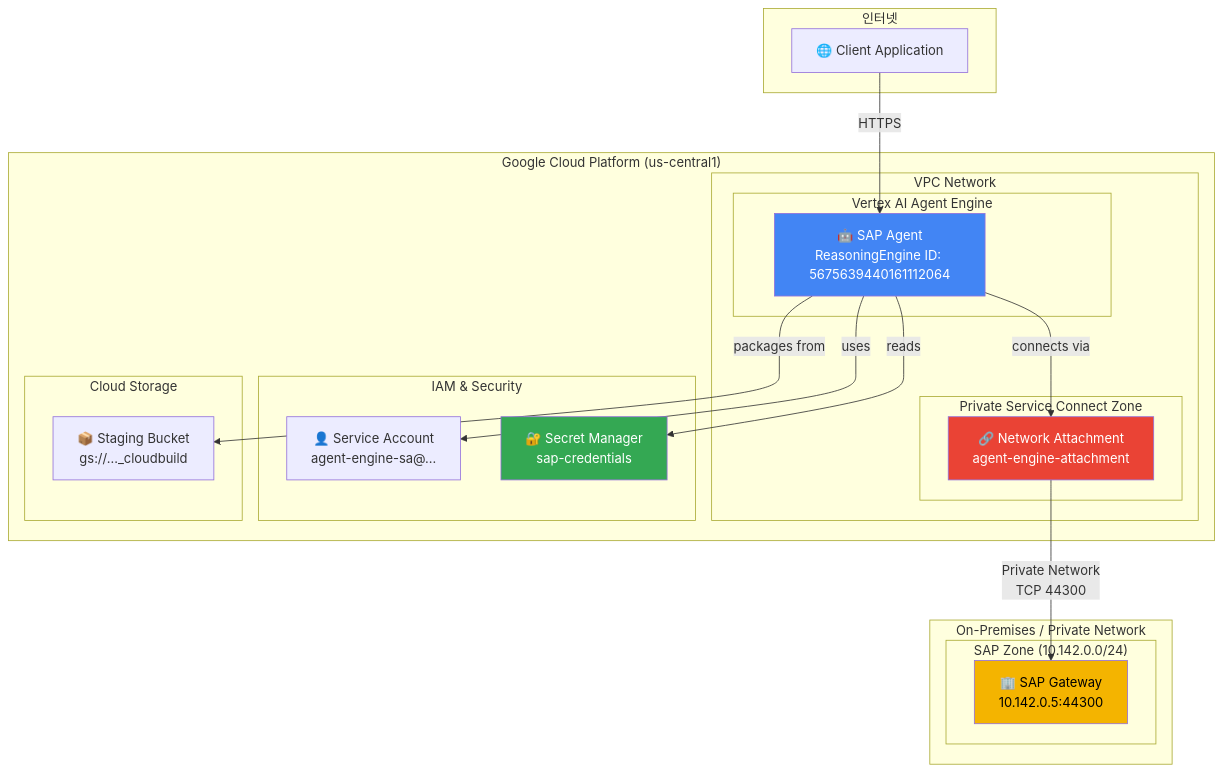
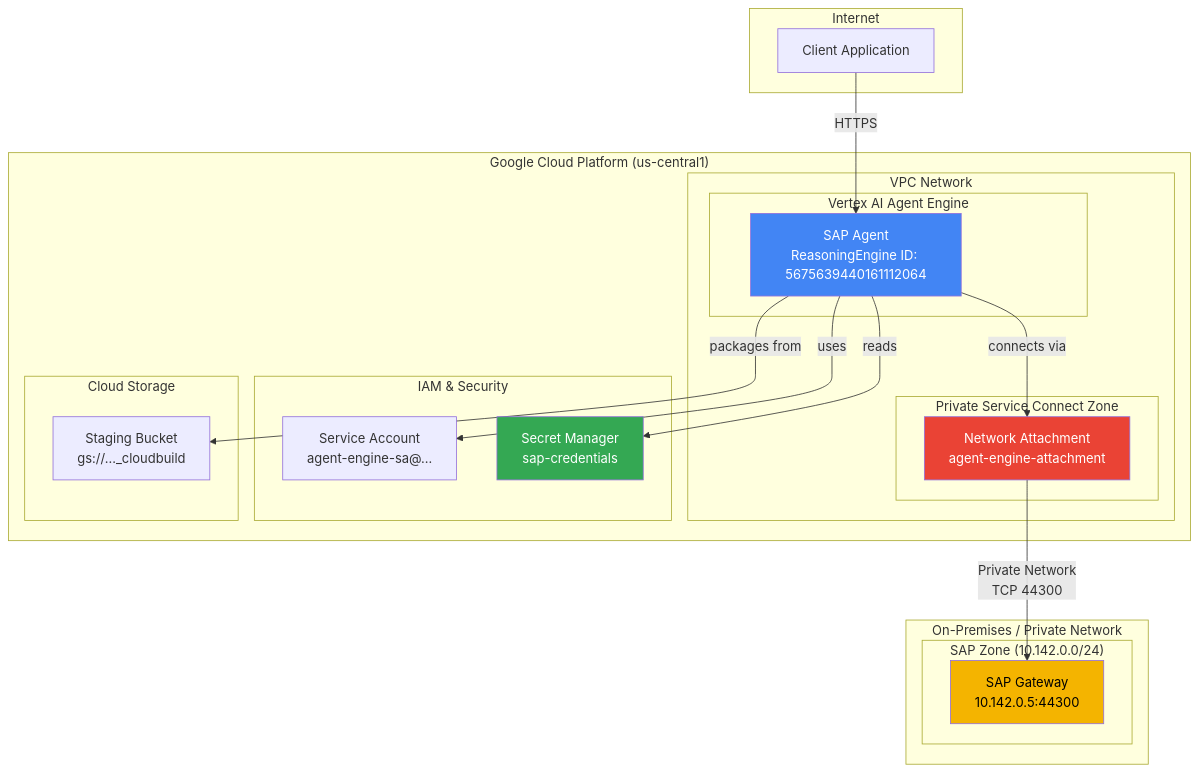
One commit to midasol/sap-adk-agent changed the third of 9 diagrams in README.md. Above: the diagram before and after it, drawn with Mermaid. The commit also changed other lines of this file and 5 other files, not shown here.

````diff
--- a/README.md
+++ b/README.md
@@ -168,45 +168,45 @@
 ```mermaid
 flowchart TB
-    subgraph Internet["인터넷"]
-        Client["🌐 Client Application"]
+    subgraph Internet["Internet"]
+        Client["Client Application"]
     end
 
     subgraph GCP["Google Cloud Platform (us-central1)"]
         subgraph VPC["VPC Network"]
             subgraph AgentEngine["Vertex AI Agent Engine"]
-                AE["🤖 SAP Agent<br/>ReasoningEngine ID: 5675639440161112064"]
+                AE["SAP Agent<br/>ReasoningEngine ID: 5675639440161112064"]
             end
 
             subgraph PSCZone["Private Service Connect Zone"]
-                NA["🔗 Network Attachment<br/>agent-engine-attachment"]
+                NA["Network Attachment<br/>agent-engine-attachment"]
             end
         end
 
         subgraph IAM["IAM & Security"]
-            SA["👤 Service Account<br/>agent-engine-sa@..."]
-            SM["🔐 Secret Manager<br/>sap-credentials"]
+            SA["Service Account<br/>agent-engine-sa@..."]
+            SM["Secret Manager<br/>sap-credentials"]
         end
 
         subgraph Storage["Cloud Storage"]
-            SB["📦 Staging Bucket<br/>gs://..._cloudbuild"]
+            SB["Staging Bucket<br/>gs://..._cloudbuild"]
         end
     end
 
     subgraph OnPrem["On-Premises / Private Network"]
         subgraph SAPZone["SAP Zone (10.142.0.0/24)"]
-            SAPGW["🏢 SAP Gateway<br/>10.142.0.5:44300"]
+            SAPGW["SAP Gateway<br/>10.142.0.5:44300"]
         end
     end
 
     Client -->|"HTTPS"| AE
     AE -->|"reads"| SM
     AE -->|"uses"| SA
     AE -->|"packages from"| SB
     AE -->|"connects via"| NA
     NA -->|"Private Network<br/>TCP 44300"| SAPGW
 
     style AE fill:#4285f4,color:#fff
     style SAPGW fill:#f4b400,color:#000
     style SM fill:#34a853,color:#fff
     style NA fill:#ea4335,color:#fff
 ```
````
